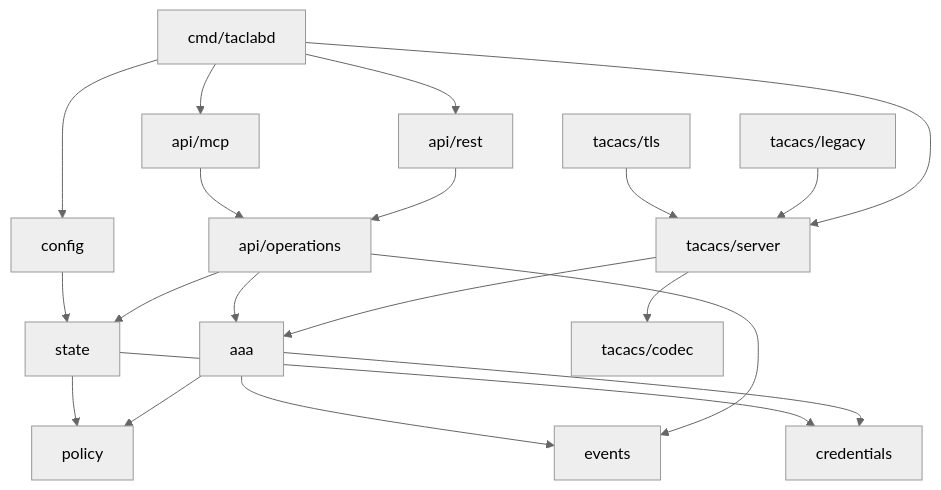
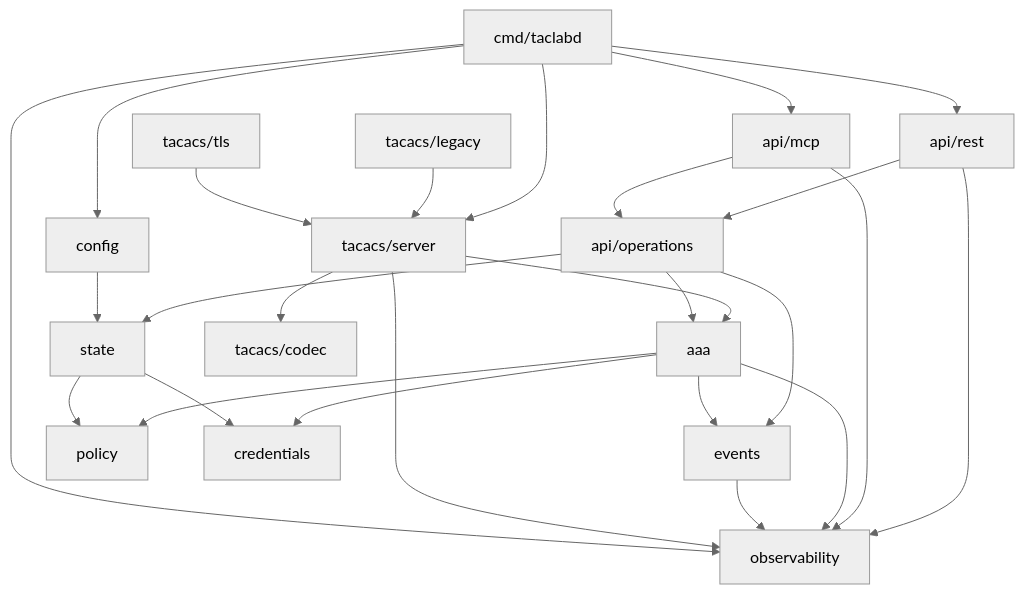
The second of 4 diagrams in docs/ARCHITECTURE.md (hilather/go-lab-tacacs-mcp), drawn with Mermaid (neutral theme) before and after one commit. The commit also changed other lines of this file and 59 other files, not shown here.

````diff
--- a/docs/ARCHITECTURE.md
+++ b/docs/ARCHITECTURE.md
@@ -325,25 +337,31 @@
 ```mermaid
 flowchart TD
     CMD[cmd/taclabd] --> REST[api/rest]
     CMD --> MCP[api/mcp]
     CMD --> TSERVER[tacacs/server]
     CMD --> CONFIG[config]
 
     REST --> OPS[api/operations]
     MCP --> OPS
     TSERVER --> AAA[aaa]
     OPS --> AAA
     OPS --> STATE[state]
     OPS --> EVENTS[events]
 
     AAA --> POLICY[policy]
     AAA --> CREDS[credentials]
     AAA --> EVENTS
     STATE --> POLICY
     STATE --> CREDS
     CONFIG --> STATE
+    REST --> OBS[observability]
+    MCP --> OBS
+    AAA --> OBS
+    EVENTS --> OBS
+    TSERVER --> OBS
+    CMD --> OBS
 
     LEGACY[tacacs/legacy] --> TSERVER
     TLS[tacacs/tls] --> TSERVER
     TSERVER --> CODEC[tacacs/codec]
 ```
````
